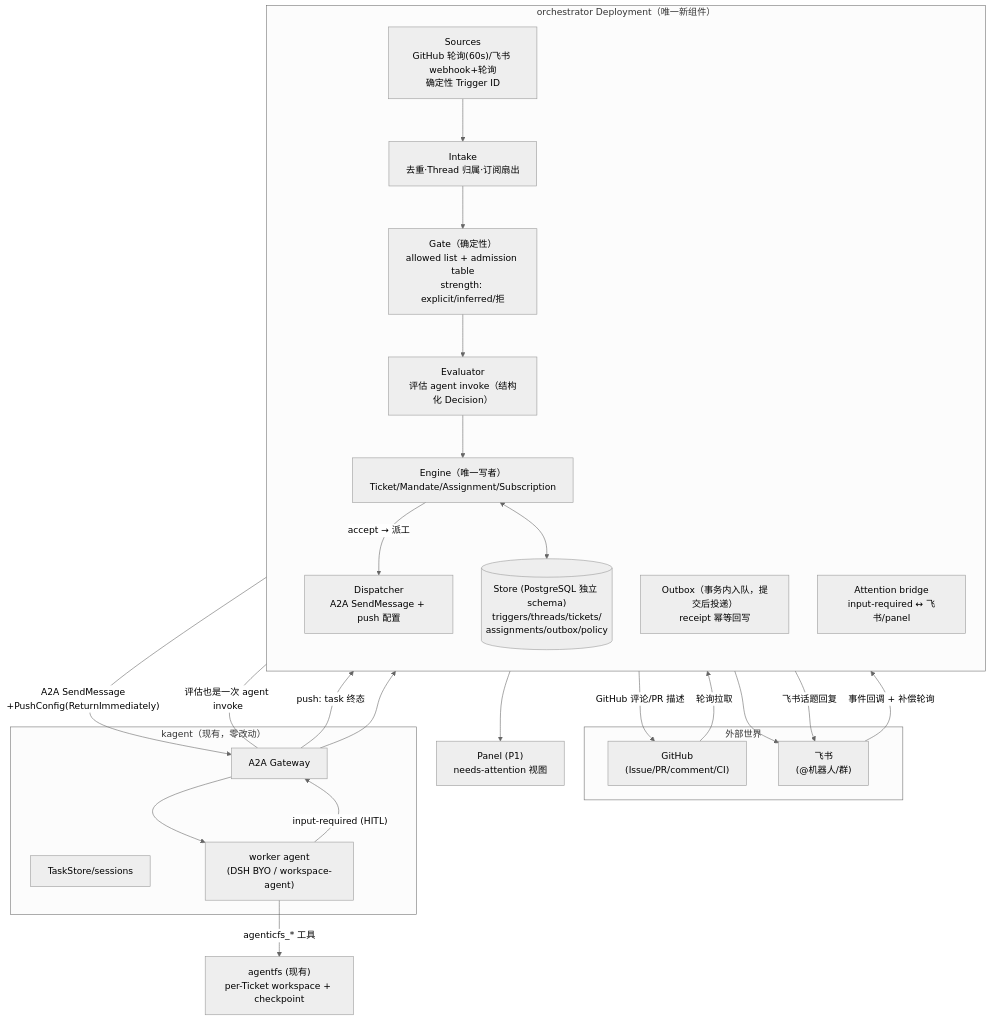
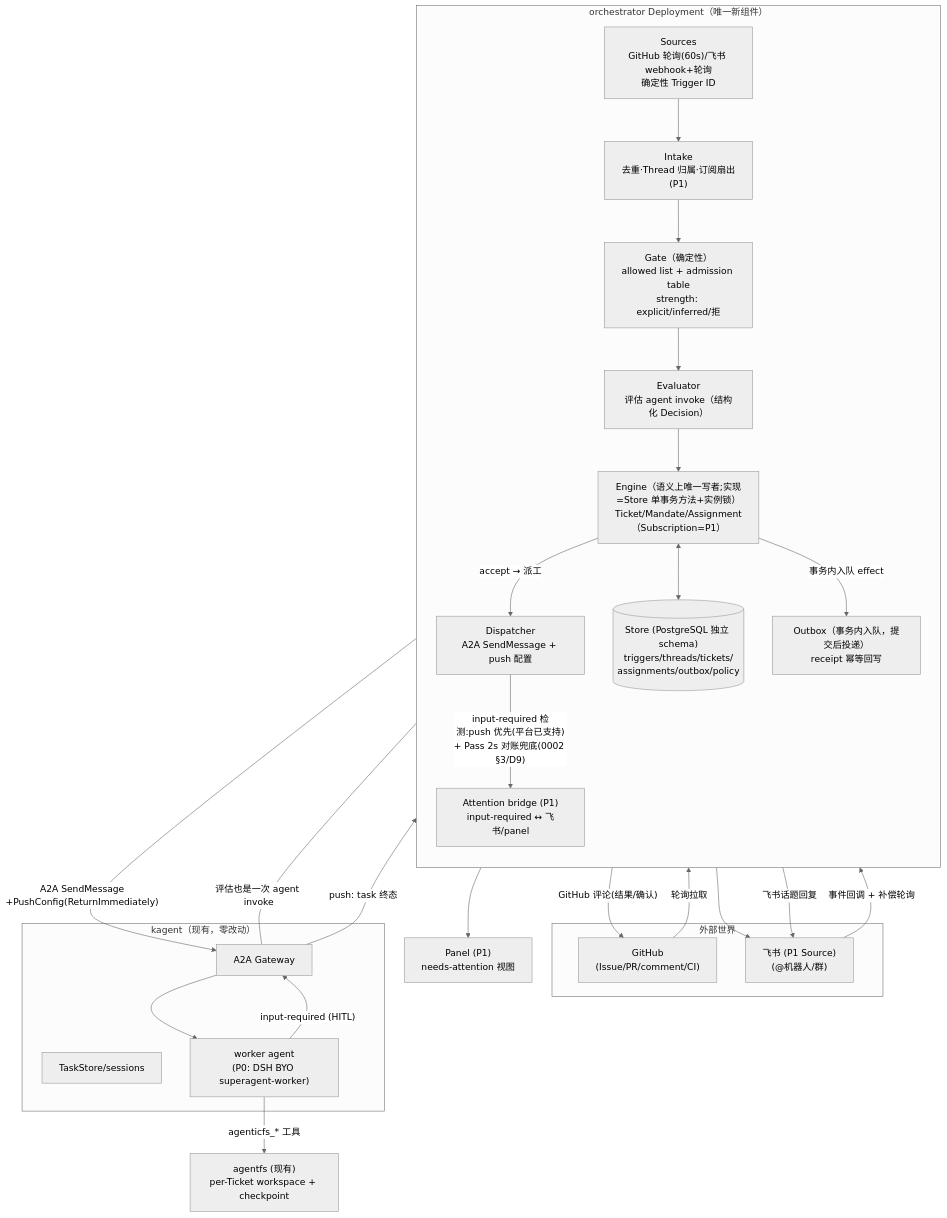
Before and after one commit to jerry-jibu/kagent: the first of 4 diagrams in docs/designs/0001-superagent-on-kagent-编排层设计.md, drawn with Mermaid (neutral theme). The commit also changed other lines of this file and 3 other files, not shown here.

````diff
--- a/docs/designs/0001-superagent-on-kagent-编排层设计.md
+++ b/docs/designs/0001-superagent-on-kagent-编排层设计.md
@@ -48,43 +63,44 @@
 ```mermaid
 flowchart TB
     subgraph ext["外部世界"]
         GH["GitHub<br/>(Issue/PR/comment/CI)"]
-        FS["飞书<br/>(@机器人/群)"]
+        FS["飞书 (P1 Source)<br/>(@机器人/群)"]
     end
     subgraph orch["orchestrator Deployment（唯一新组件）"]
         direction TB
         SRC["Sources<br/>GitHub 轮询(60s)/飞书 webhook+轮询<br/>确定性 Trigger ID"]
-        INT["Intake<br/>去重·Thread 归属·订阅扇出"]
+        INT["Intake<br/>去重·Thread 归属·订阅扇出(P1)"]
         GATE["Gate（确定性）<br/>allowed list + admission table<br/>strength: explicit/inferred/拒"]
         EVAL["Evaluator<br/>评估 agent invoke（结构化 Decision）"]
-        ENG["Engine（唯一写者）<br/>Ticket/Mandate/Assignment/Subscription"]
+        ENG["Engine（语义上唯一写者;实现=Store 单事务方法+实例锁）<br/>Ticket/Mandate/Assignment（Subscription=P1）"]
         DISP["Dispatcher<br/>A2A SendMessage + push 配置"]
         OUT["Outbox（事务内入队，提交后投递）<br/>receipt 幂等回写"]
-        ATT["Attention bridge<br/>input-required ↔ 飞书/panel"]
+        ATT["Attention bridge (P1)<br/>input-required ↔ 飞书/panel"]
         ST[("Store (PostgreSQL 独立 schema)<br/>triggers/threads/tickets/<br/>assignments/outbox/policy")]
     end
     subgraph kagent["kagent（现有，零改动）"]
         GW["A2A Gateway"]
         TS["TaskStore/sessions"]
-        WA["worker agent<br/>(DSH BYO / workspace-agent)"]
+        WA["worker agent<br/>(P0: DSH BYO superagent-worker)"]
     end
     AFS["agentfs (现有)<br/>per-Ticket workspace + checkpoint"]
     PANEL["Panel (P1)<br/>needs-attention 视图"]
 
     GH -->|"轮询拉取"| SRC
     FS -->|"事件回调 + 补偿轮询"| SRC
     SRC --> INT --> GATE --> EVAL --> ENG
     ENG -->|"accept → 派工"| DISP
     ENG <--> ST
     DISP -->|"A2A SendMessage<br/>+PushConfig(ReturnImmediately)"| GW
     GW --> WA
     WA -->|"agenticfs_* 工具"| AFS
     WA -->|"input-required (HITL)"| GW
     GW -->|"push: task 终态"| DISP
-    GW --> ATT
+    DISP -->|"input-required 检测:push 优先(平台已支持)<br/>+ Pass 2s 对账兜底(0002 §3/D9)"| ATT
     ATT --> FS
     ATT --> PANEL
-    OUT -->|"GitHub 评论/PR 描述"| GH
+    ENG -->|"事务内入队 effect"| OUT
+    OUT -->|"GitHub 评论(结果/确认)"| GH
     OUT -->|"飞书话题回复"| FS
     EVAL ---|"评估也是一次 agent invoke"| GW
 ```
````
